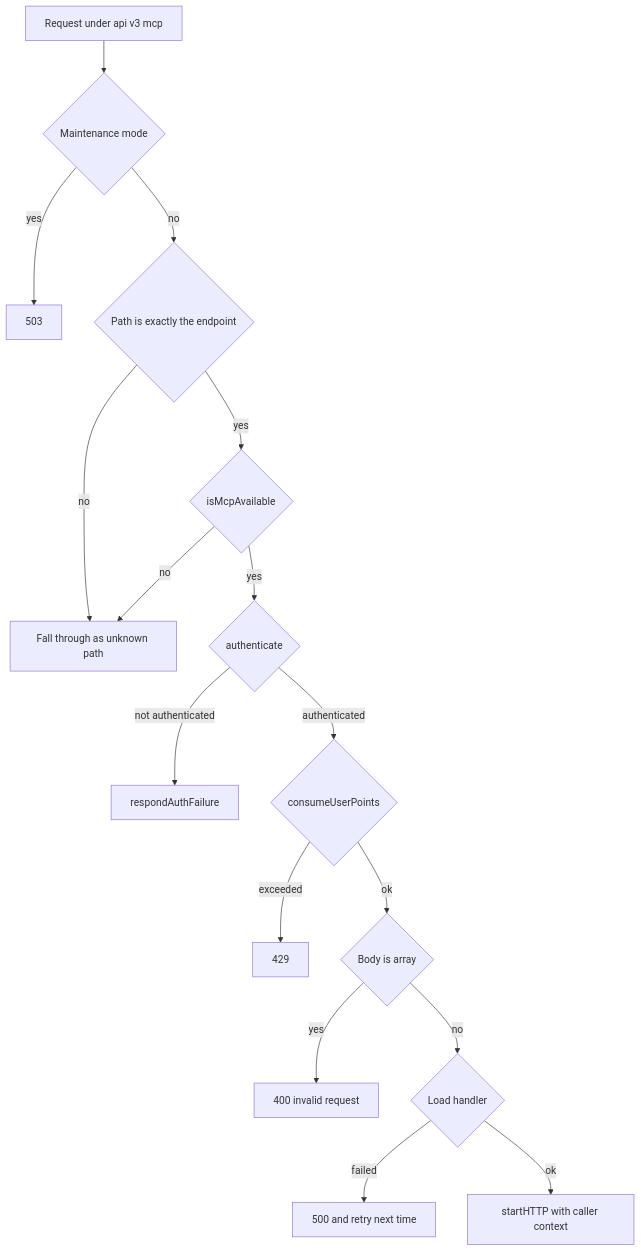
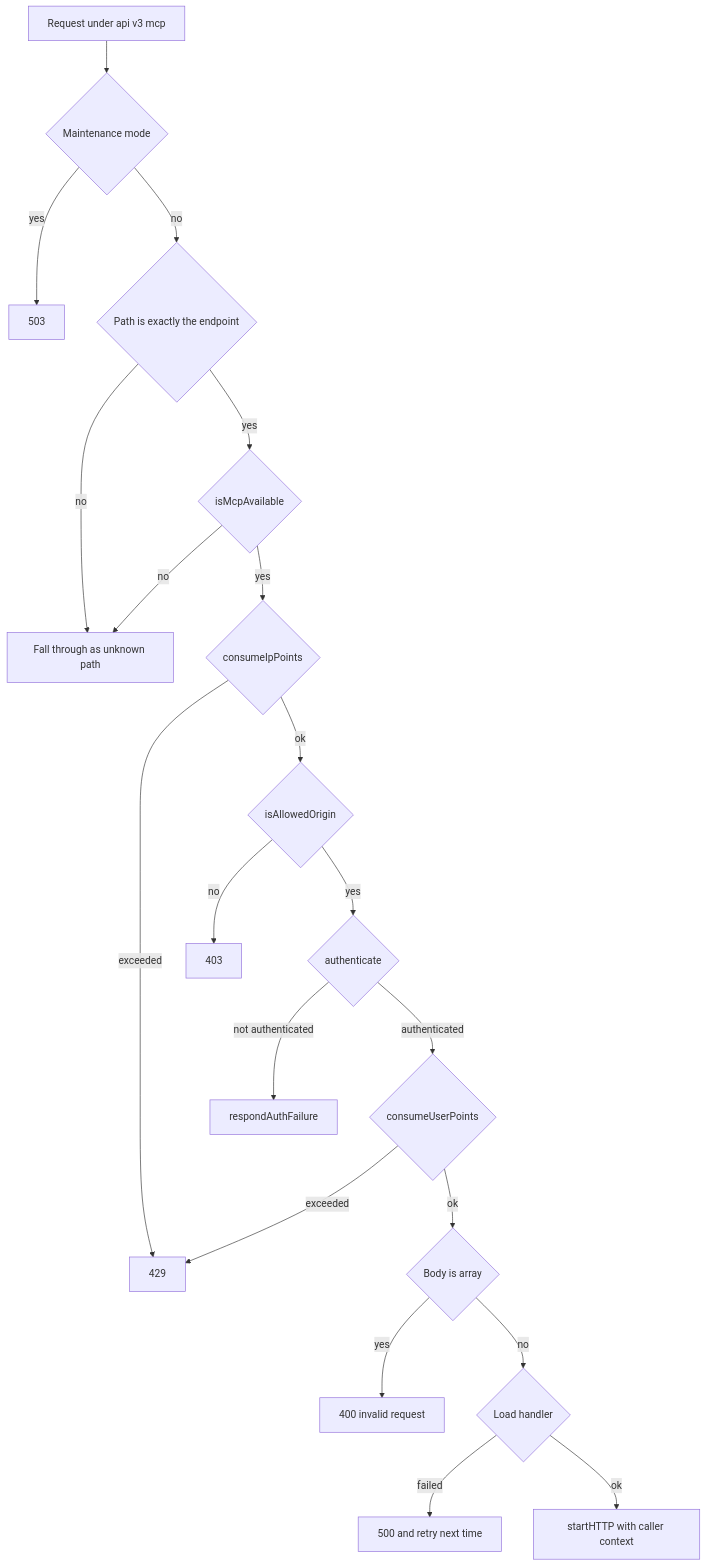
Before and after one commit to growilabs/growi: the second of 3 diagrams in .kiro/specs/remote-mcp-server-route/design.md, drawn with Mermaid. The commit also changed other lines of this file and 2 other files, not shown here.

````diff
--- a/.kiro/specs/remote-mcp-server-route/design.md
+++ b/.kiro/specs/remote-mcp-server-route/design.md
@@ -225,18 +228,22 @@
 ```mermaid
 flowchart TD
     Start[Request under api v3 mcp] --> Maint{Maintenance mode}
     Maint -->|yes| R503[503]
     Maint -->|no| Exact{Path is exactly the endpoint}
     Exact -->|no| Fall
     Exact -->|yes| Enabled{isMcpAvailable}
     Enabled -->|no| Fall[Fall through as unknown path]
-    Enabled -->|yes| AuthQ{authenticate}
+    Enabled -->|yes| IpLimit{consumeIpPoints}
+    IpLimit -->|exceeded| R429
+    IpLimit -->|ok| OriginQ{isAllowedOrigin}
+    OriginQ -->|no| R403[403]
+    OriginQ -->|yes| AuthQ{authenticate}
     AuthQ -->|not authenticated| R401[respondAuthFailure]
     AuthQ -->|authenticated| Limit{consumeUserPoints}
     Limit -->|exceeded| R429[429]
     Limit -->|ok| Batch{Body is array}
     Batch -->|yes| R400[400 invalid request]
     Batch -->|no| Load{Load handler}
     Load -->|failed| R500[500 and retry next time]
     Load -->|ok| Dispatch[startHTTP with caller context]
 ```
````
